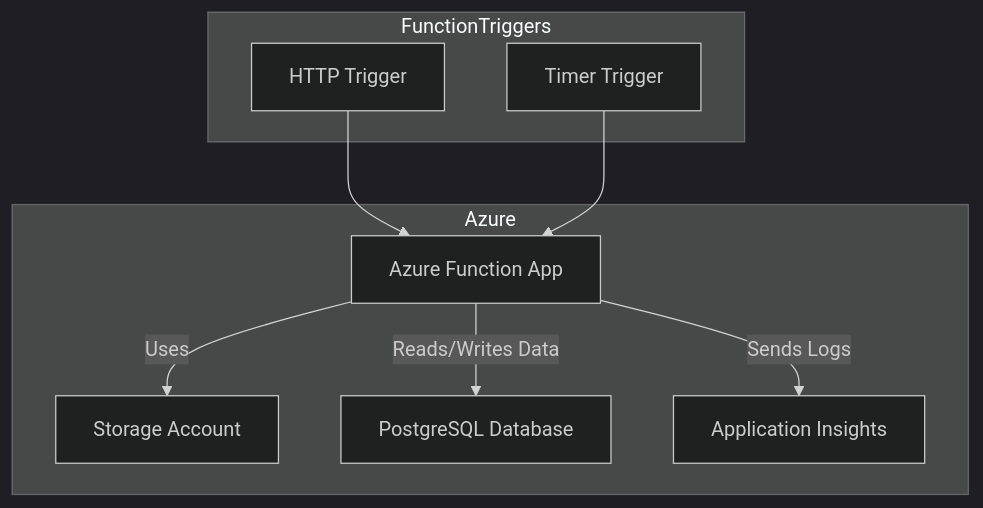
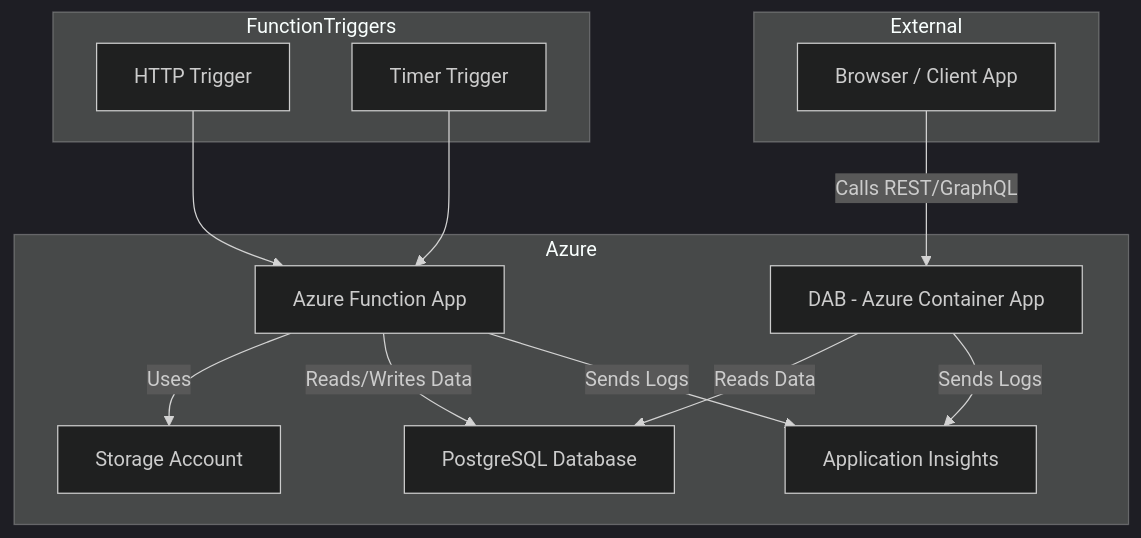
One commit to herratomsiili/portman_agent changed the diagram in README.md. Above: the diagram before and after it, drawn with Mermaid (dark theme).

Commit message:
Update mermeid diagram

````diff
--- a/README.md
+++ b/README.md
@@ -368,18 +368,26 @@
 ```mermaid
 graph TD;
     subgraph Azure
         storage[Storage Account]
         db[PostgreSQL Database]
         function[Azure Function App]
         insights[Application Insights]
+        dab[DAB - Azure Container App]
+    end
+
+    subgraph External
+      user[Browser / Client App]
     end
 
     subgraph FunctionTriggers
         http[HTTP Trigger] --> function
         timer[Timer Trigger] --> function
     end
 
+    user -->|Calls REST/GraphQL| dab
+    dab -->|Reads Data| db
+    dab -->|Sends Logs| insights
     function -->|Uses| storage
     function -->|Reads/Writes Data| db
     function -->|Sends Logs| insights
 ```
````
